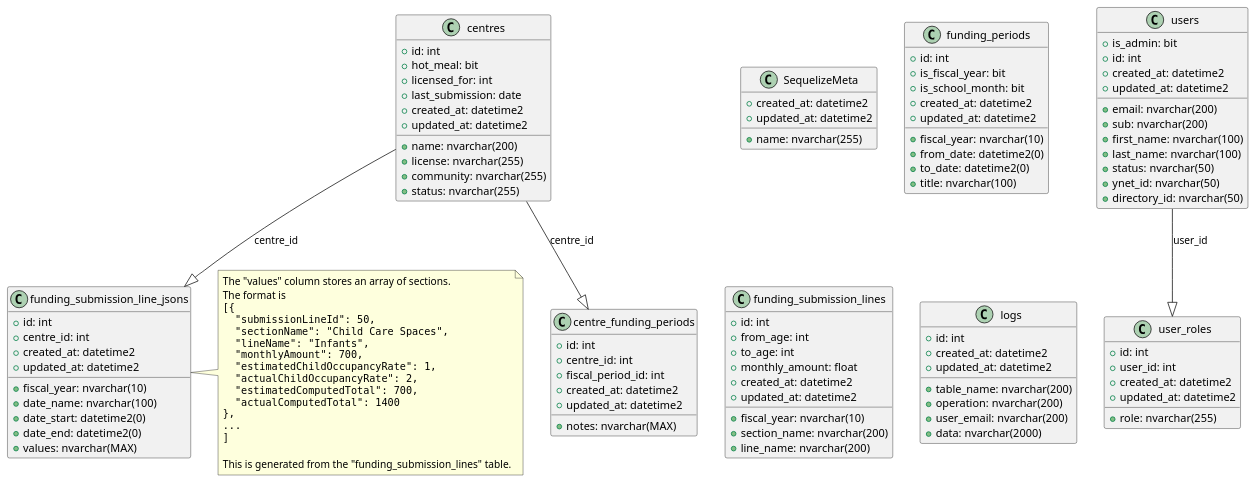
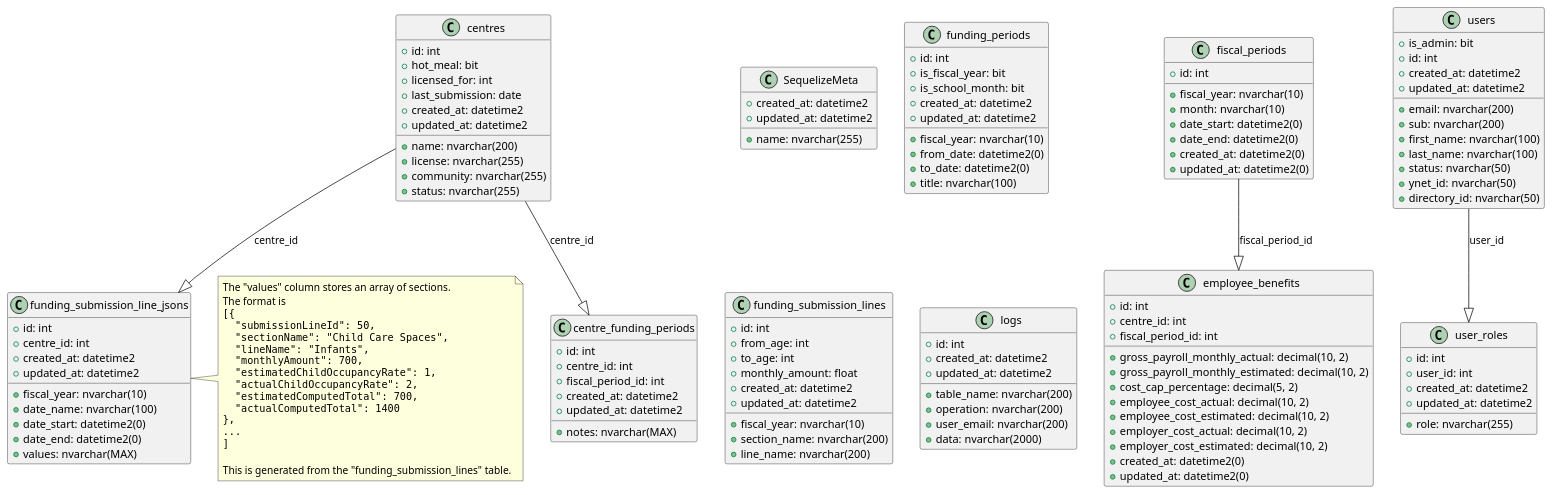
The diagram in _Design/Entity Relationship Diagrams.wsd (ytgov/elcc-data-management), drawn with PlantUML before and after one commit. The commit also changed 1 other file, not shown here.

Commit message:
:tophat: Update ERD to include new employee benefits and fiscal periods tables.

```diff
--- a/_Design/Entity Relationship Diagrams.wsd
+++ b/_Design/Entity Relationship Diagrams.wsd
@@ -1,124 +1,151 @@
-@startuml
+@startuml Entity Relationship Diagrams
 
 class "SequelizeMeta" {
   +name: nvarchar(255)
   +created_at: datetime2
   +updated_at: datetime2
 }
 
 class "centres" {
   +id: int
   +name: nvarchar(200)
   +license: nvarchar(255)
   +community: nvarchar(255)
   +status: nvarchar(255)
   +hot_meal: bit
   +licensed_for: int
   +last_submission: date
   +created_at: datetime2
   +updated_at: datetime2
+}
+
+
+class "employee_benefits" {
+  +id: int
+  +centre_id: int
+  +fiscal_period_id: int
+  +gross_payroll_monthly_actual: decimal(10, 2)
+  +gross_payroll_monthly_estimated: decimal(10, 2)
+  +cost_cap_percentage: decimal(5, 2)
+  +employee_cost_actual: decimal(10, 2)
+  +employee_cost_estimated: decimal(10, 2)
+  +employer_cost_actual: decimal(10, 2)
+  +employer_cost_estimated: decimal(10, 2)
+  +created_at: datetime2(0)
+  +updated_at: datetime2(0)
+}
+
+class "fiscal_periods" {
+  +id: int
+  +fiscal_year: nvarchar(10)
+  +month: nvarchar(10)
+  +date_start: datetime2(0)
+  +date_end: datetime2(0)
+  +created_at: datetime2(0)
+  +updated_at: datetime2(0)
 }
 
 class "funding_periods" {
   +id: int
   +fiscal_year: nvarchar(10)
   +from_date: datetime2(0)
   +to_date: datetime2(0)
   +title: nvarchar(100)
   +is_fiscal_year: bit
   +is_school_month: bit
   +created_at: datetime2
   +updated_at: datetime2
 }
 
 class "funding_submission_lines" {
   +id: int
   +fiscal_year: nvarchar(10)
   +section_name: nvarchar(200)
   +line_name: nvarchar(200)
   +from_age: int
   +to_age: int
   +monthly_amount: float
   +created_at: datetime2
   +updated_at: datetime2
 }
 
 class "logs" {
   +id: int
   +table_name: nvarchar(200)
   +operation: nvarchar(200)
   +user_email: nvarchar(200)
   +data: nvarchar(2000)
   +created_at: datetime2
   +updated_at: datetime2
 }
 
 class "users" {
   +email: nvarchar(200)
   +sub: nvarchar(200)
   +first_name: nvarchar(100)
   +last_name: nvarchar(100)
   +status: nvarchar(50)
   +is_admin: bit
   +ynet_id: nvarchar(50)
   +directory_id: nvarchar(50)
   +id: int
   +created_at: datetime2
   +updated_at: datetime2
 }
 
 class "centre_funding_periods" {
   +id: int
   +centre_id: int
   +fiscal_period_id: int
   +notes: nvarchar(MAX)
   +created_at: datetime2
   +updated_at: datetime2
 }
 
 class "funding_submission_line_jsons" {
   +id: int
   +centre_id: int
   +fiscal_year: nvarchar(10)
   +date_name: nvarchar(100)
   +date_start: datetime2(0)
   +date_end: datetime2(0)
   +values: nvarchar(MAX)
   +created_at: datetime2
   +updated_at: datetime2
 }
 
 note right of "funding_submission_line_jsons"
   The "values" column stores an array of sections.
   The format is
   <code>
   [{
     "submissionLineId": 50,
     "sectionName": "Child Care Spaces",
     "lineName": "Infants",
     "monthlyAmount": 700,
     "estimatedChildOccupancyRate": 1,
     "actualChildOccupancyRate": 2,
     "estimatedComputedTotal": 700,
     "actualComputedTotal": 1400
   },
   ...
   ]
   </code>
 
   This is generated from the "funding_submission_lines" table.
 end note
 
 class "user_roles" {
   +role: nvarchar(255)
   +id: int
   +user_id: int
   +created_at: datetime2
   +updated_at: datetime2
 }
 
 "centres" --|> "centre_funding_periods" : centre_id
 "centres" --|> "funding_submission_line_jsons" : centre_id
 "users" --|> "user_roles" : user_id
+"fiscal_periods" --|> "employee_benefits" : fiscal_period_id
 
 @enduml
```
